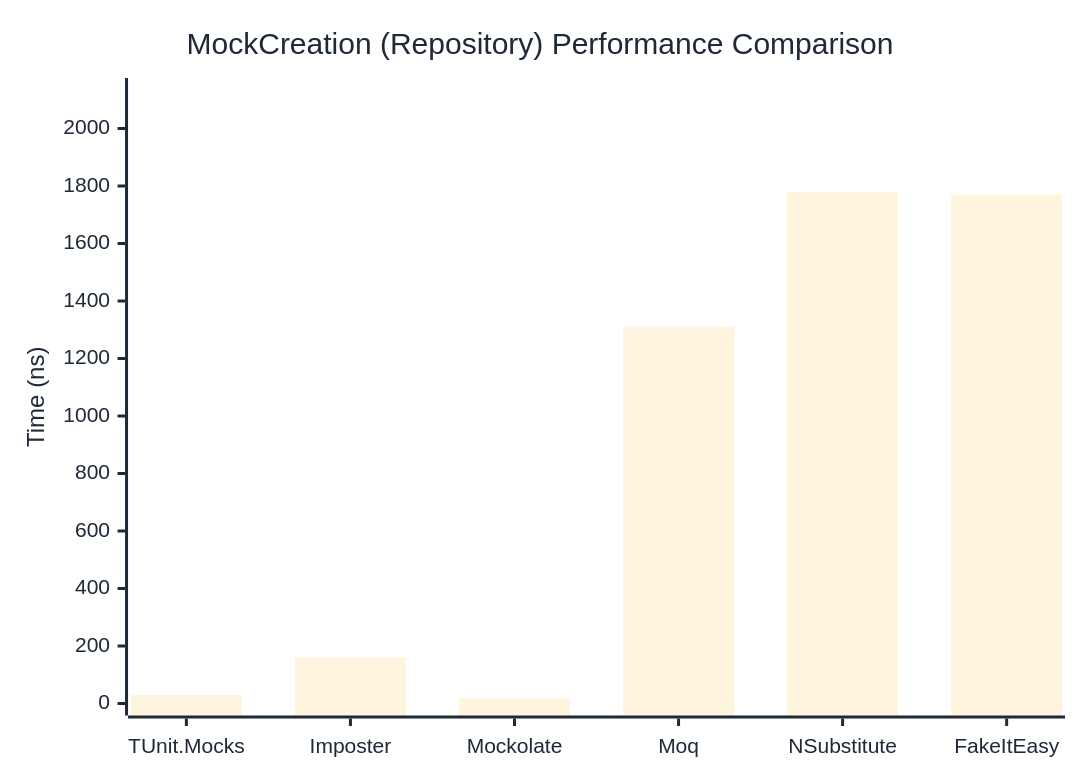
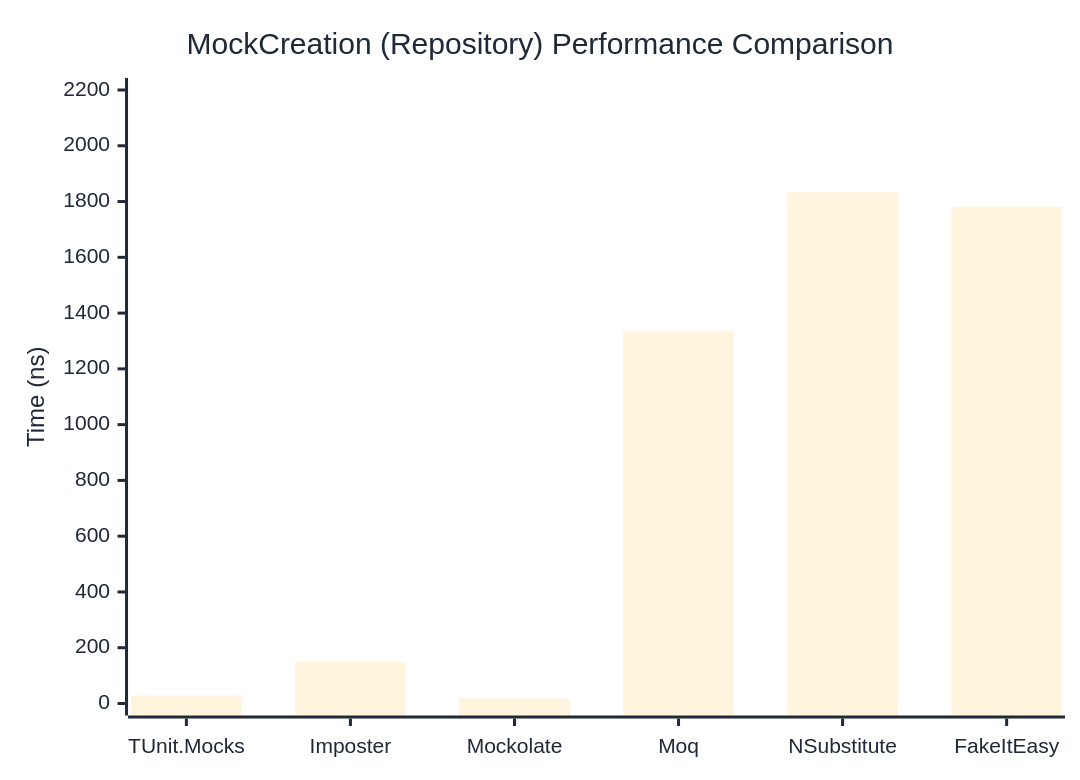
One commit to thomhurst/TUnit changed the second of 2 diagrams in docs/docs/benchmarks/mocks/MockCreation.md. Above: the diagram before and after it, drawn with Mermaid. The commit also changed other lines of this file and 14 other files, not shown here.

````diff
--- a/docs/docs/benchmarks/mocks/MockCreation.md
+++ b/docs/docs/benchmarks/mocks/MockCreation.md
@@ -71,27 +71,27 @@
 ```mermaid
 %%{init: {
   'theme':'base',
   'themeVariables': {
     'primaryColor': '#2563eb',
     'primaryTextColor': '#1f2937',
     'primaryBorderColor': '#1e40af',
     'lineColor': '#6b7280',
     'secondaryColor': '#7c3aed',
     'tertiaryColor': '#dc2626',
     'background': '#ffffff',
     'pie1': '#2563eb',
     'pie2': '#7c3aed',
     'pie3': '#dc2626',
     'pie4': '#f59e0b',
     'pie5': '#10b981',
     'pie6': '#06b6d4',
     'pie7': '#ec4899',
     'pie8': '#6366f1'
   }
 }}%%
 xychart-beta
   title "MockCreation (Repository) Performance Comparison"
   x-axis ["TUnit.Mocks", "Imposter", "Mockolate", "Moq", "NSubstitute", "FakeItEasy"]
-  y-axis "Time (ns)" 0 --> 2134
-  bar [29.81, 160.07, 18.49, 1310.35, 1777.89, 1770.07]
+  y-axis "Time (ns)" 0 --> 2200
+  bar [28.98, 149.43, 17.94, 1335.78, 1833.25, 1781.45]
 ```
````
